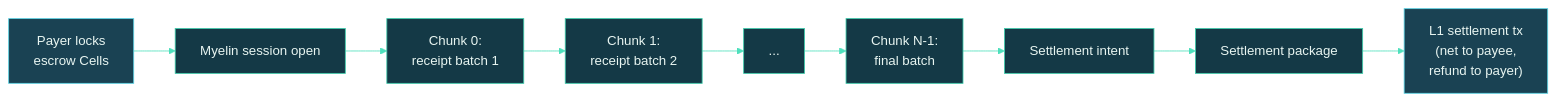
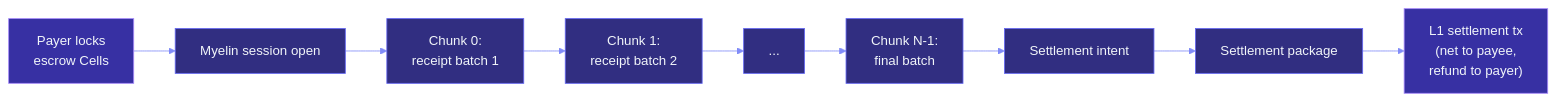
Before and after one commit to Myelin-Labs/Myelin: the diagram in docs/patterns/streaming-payments.md, drawn with Mermaid. The commit also changed 31 other files, not shown here.

````diff
--- a/docs/patterns/streaming-payments.md
+++ b/docs/patterns/streaming-payments.md
@@ -83,28 +83,28 @@
 ```mermaid
 %%{init: {
   "theme": "base",
   "themeVariables": {
-    "primaryColor": "#0F2D3D",
-    "primaryTextColor": "#E8F5F1",
-    "primaryBorderColor": "#3CCBAA",
-    "lineColor": "#4EE0BC",
-    "secondaryColor": "#143946",
-    "tertiaryColor": "#1A4253"
+    "primaryColor": "#1E1B4B",
+    "primaryTextColor": "#F1F5F9",
+    "primaryBorderColor": "#6366F1",
+    "lineColor": "#818CF8",
+    "secondaryColor": "#312E81",
+    "tertiaryColor": "#3730A3"
   }
 }}%%
 flowchart LR
     A["Payer locks<br/>escrow Cells"]:::l1
     B["Myelin session open"]:::l2
     C["Chunk 0:<br/>receipt batch 1"]:::l2
     D["Chunk 1:<br/>receipt batch 2"]:::l2
     E["..."]:::l2
     F["Chunk N-1:<br/>final batch"]:::l2
     G["Settlement intent"]:::l2
     H["Settlement package"]:::l2
     I["L1 settlement tx<br/>(net to payee,<br/>refund to payer)"]:::l1
 
     A --> B --> C --> D --> E --> F --> G --> H --> I
 
-    classDef l1 fill:#1A4253,stroke:#5DD4E5,color:#E8F5F1;
-    classDef l2 fill:#143946,stroke:#3CCBAA,color:#E8F5F1;
+    classDef l1 fill:#3730A3,stroke:#A78BFA,color:#F1F5F9;
+    classDef l2 fill:#312E81,stroke:#6366F1,color:#F1F5F9;
 ```
````
